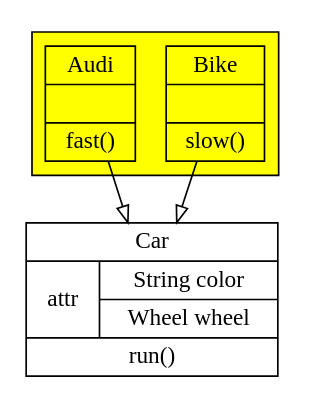
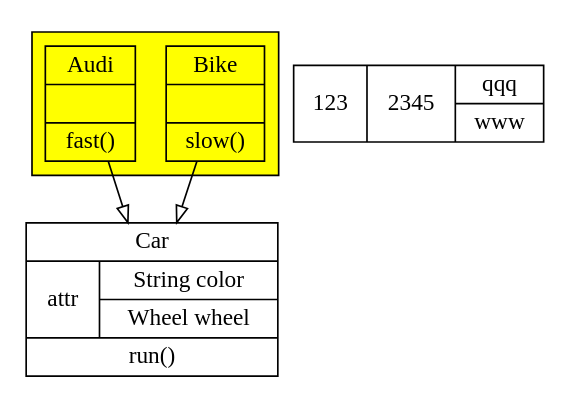
The diagram in demo3.dot (dongkw/graphiviz), drawn with Graphviz before and after one commit. The commit also changed 15 other files, not shown here.

```diff
--- a/demo3.dot
+++ b/demo3.dot
@@ -1,18 +1,18 @@
 
 digraph image{
 
 node[shape=record]
 edge[arrowhead = "empty"]
 
 Car[label="{Car| {attr|{String color | Wheel wheel} }| run()}"]
 
   subgraph clusterSub{
     bgcolor=yellow
     Bike[label="{Bike| |slow() }"]
     Audi[label="{Audi| |fast() }"]
   }
 
+A[label="123|2345|{qqq|www}"]
   Bike -> Car
   Audi ->Car
-
 }
```
